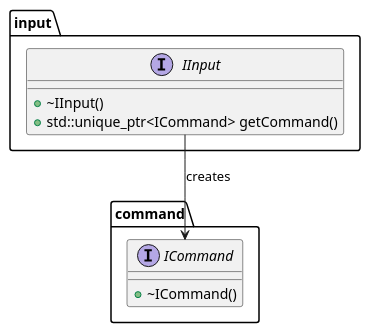
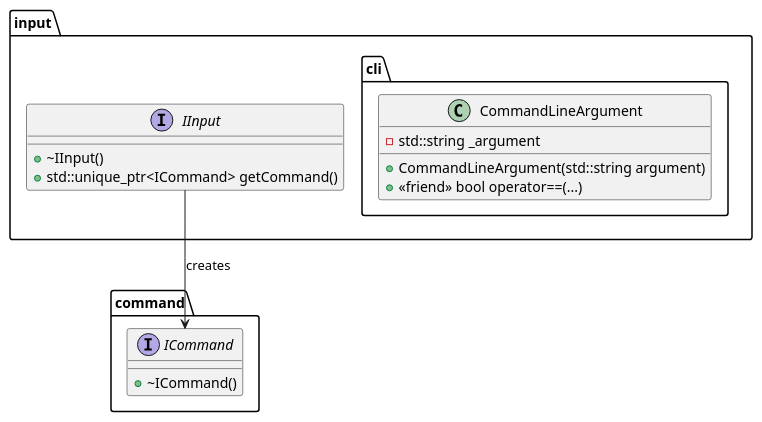
The diagram in doc/class.puml (Payzman/simple-issue-tracker), drawn with PlantUML before and after one commit. The commit also changed 4 other files, not shown here.

Commit message:
refactor: Moved CommandLineArgument

```diff
--- a/doc/class.puml
+++ b/doc/class.puml
@@ -1,16 +1,23 @@
 @startuml
 package command {
   interface ICommand {
     +~ICommand()
   }
 }
 
 package input {
   interface IInput {
     +~IInput()
     +std::unique_ptr<ICommand> getCommand()
   }
+  package cli {
+    class CommandLineArgument {
+      +CommandLineArgument(std::string argument)
+      +<<friend>> bool operator==(...)
+      -std::string _argument
+    }
+  }
 }
 
 IInput --> ICommand : creates
 @enduml
```
